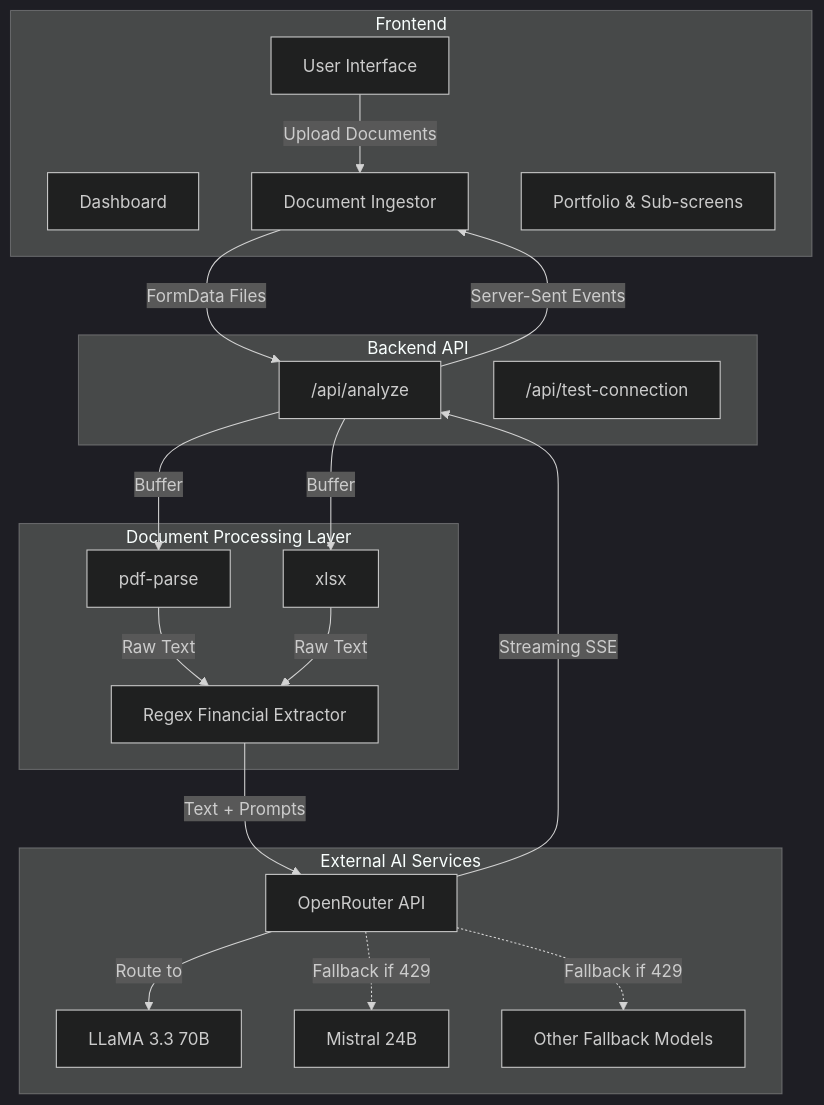
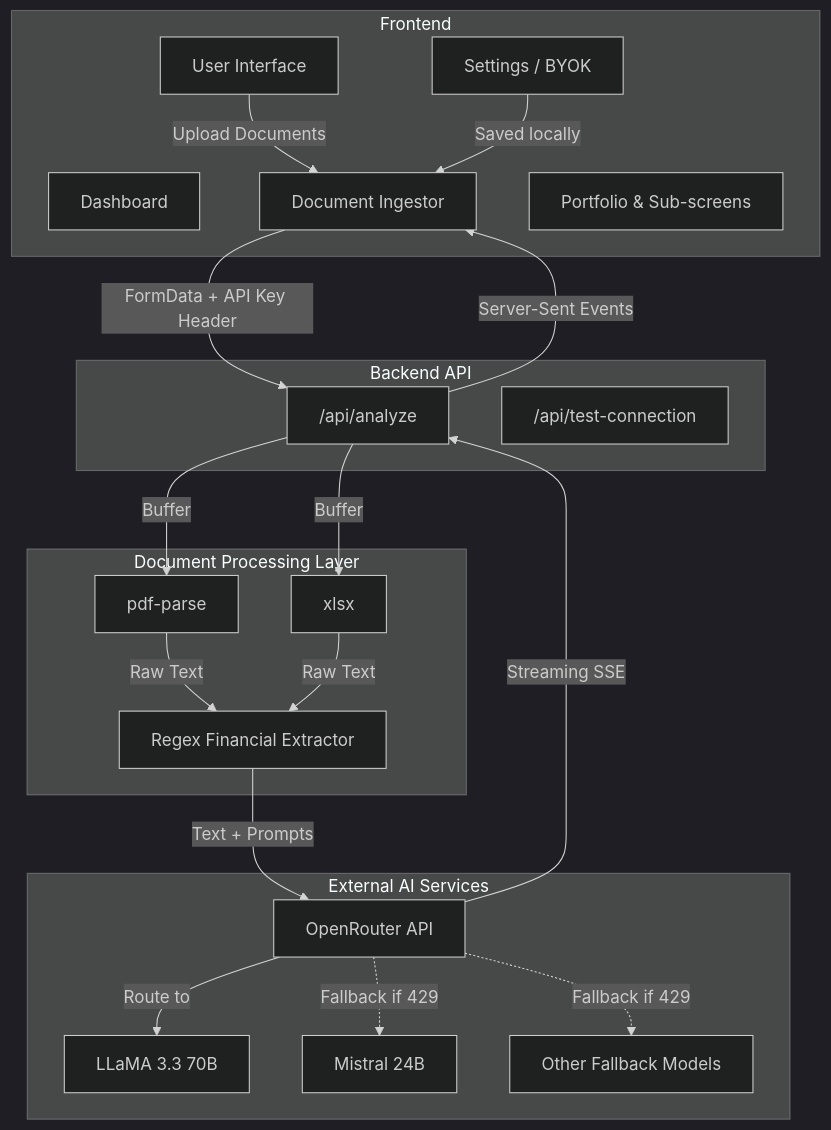
One commit to HimanshuxAI/INTELLI-CREDIT-IITH changed the first of 2 diagrams in README.md. Above: the diagram before and after it, drawn with Mermaid (dark theme). The commit also changed other lines of this file, not shown here.

Commit message:
docs: add BYOK testing suite to readme

````diff
--- a/README.md
+++ b/README.md
@@ -50,49 +51,51 @@
 ```mermaid
 graph TD
     %% User Interface
     subgraph Frontend
         UI[User Interface]
         DB[Dashboard]
         ING[Document Ingestor]
+        SETTINGS[Settings / BYOK]
         PORT[Portfolio & Sub-screens]
     end
 
     %% API Layer
     subgraph Backend API
         API_ANALYZE["/api/analyze"]
         API_TEST["/api/test-connection"]
     end
 
     %% Processing
     subgraph Document Processing Layer
         PDF[pdf-parse]
         XLSX[xlsx]
         REG[Regex Financial Extractor]
     end
 
     %% External
     subgraph External AI Services
         OR[OpenRouter API]
         LLM_1[LLaMA 3.3 70B]
         LLM_2[Mistral 24B]
         LLM_n[Other Fallback Models]
     end
 
     %% Connections
     UI -->|Upload Documents| ING
-    ING -->|FormData Files| API_ANALYZE
+    SETTINGS -->|Saved locally| ING
+    ING -->|FormData + API Key Header| API_ANALYZE
     
     API_ANALYZE -->|Buffer| PDF
     API_ANALYZE -->|Buffer| XLSX
     
     PDF -->|Raw Text| REG
     XLSX -->|Raw Text| REG
     
     REG -->|Text + Prompts| OR
     OR -->|Streaming SSE| API_ANALYZE
     API_ANALYZE -->|Server-Sent Events| ING
     
     OR -->|Route to| LLM_1
     OR -.->|Fallback if 429| LLM_2
     OR -.->|Fallback if 429| LLM_n
 ```
````
